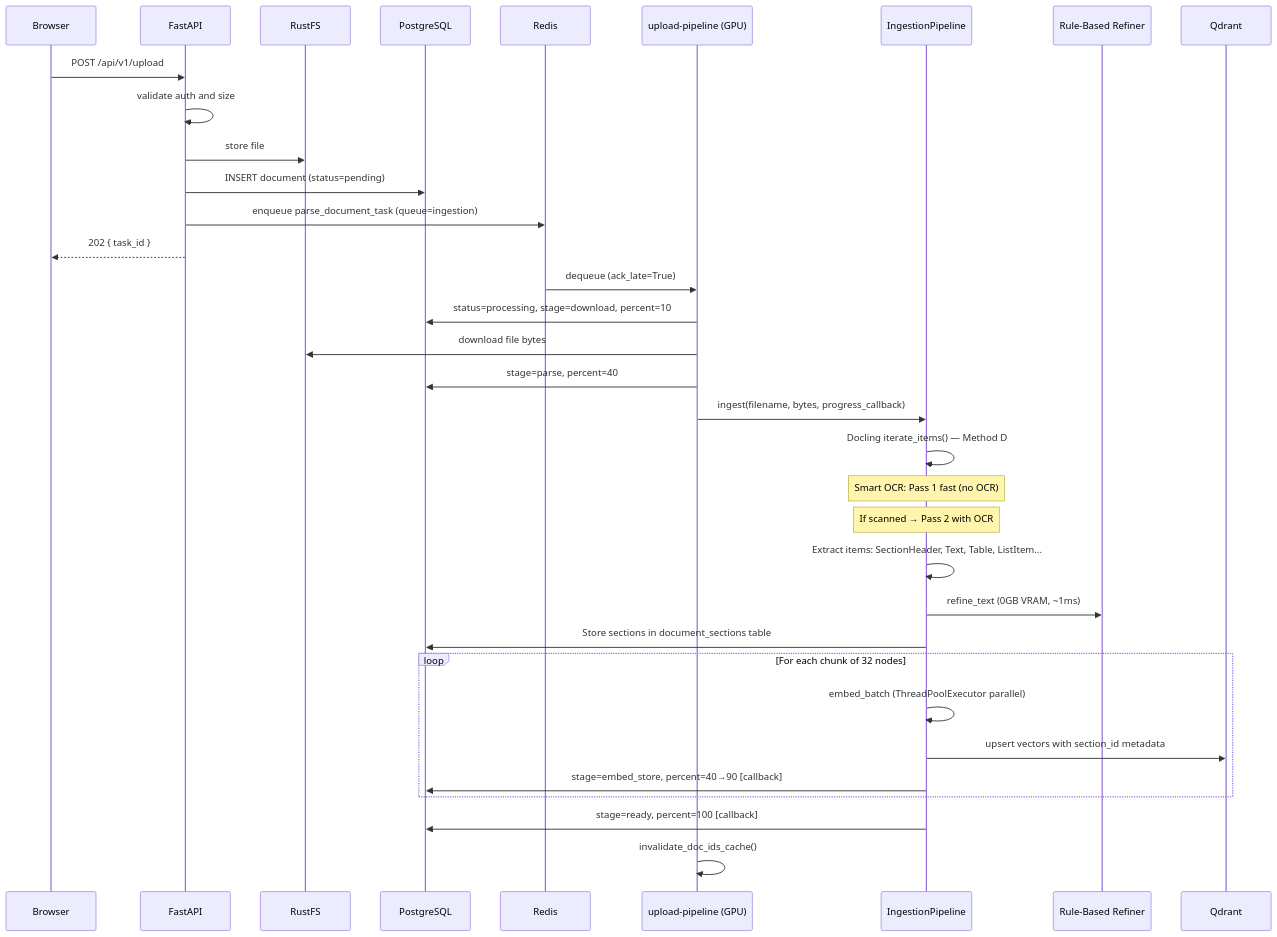
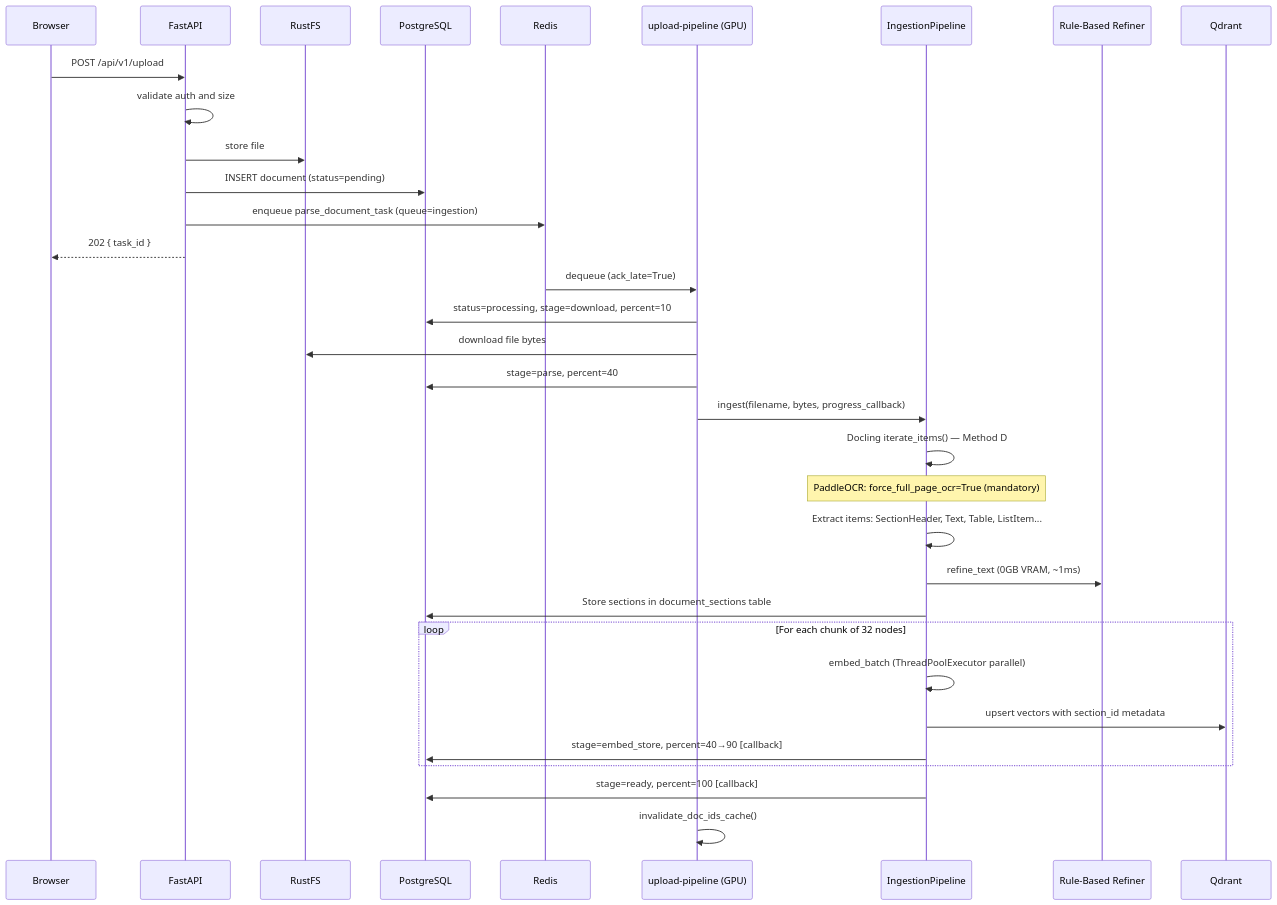
One commit to qtuanph/chatbot-rag changed the first of 4 diagrams in docs/02_WORKFLOWS.md. Above: the diagram before and after it, drawn with Mermaid. The commit also changed 21 other files, not shown here.

First line of the commit message:
Refactor chat and ingestion workflows to integrate PaddleOCR, enhance error handling, and optimize performance

````diff
--- a/docs/02_WORKFLOWS.md
+++ b/docs/02_WORKFLOWS.md
@@ -7,42 +7,41 @@
 ```mermaid
 sequenceDiagram
     participant Browser
     participant API as FastAPI
     participant RustFS
     participant DB as PostgreSQL
     participant Redis
     participant Worker as upload-pipeline (GPU)
     participant Pipeline as IngestionPipeline
     participant Refiner as Rule-Based Refiner
     participant Qdrant
 
     Browser->>API: POST /api/v1/upload
     API->>API: validate auth and size
     API->>RustFS: store file
     API->>DB: INSERT document (status=pending)
     API->>Redis: enqueue parse_document_task (queue=ingestion)
     API-->>Browser: 202 { task_id }
 
     Redis->>Worker: dequeue (ack_late=True)
     Worker->>DB: status=processing, stage=download, percent=10
     Worker->>RustFS: download file bytes
 
     Worker->>DB: stage=parse, percent=40
     Worker->>Pipeline: ingest(filename, bytes, progress_callback)
 
     Pipeline->>Pipeline: Docling iterate_items() — Method D
-    Note over Pipeline: Smart OCR: Pass 1 fast (no OCR)
-    Note over Pipeline: If scanned → Pass 2 with OCR
+    Note over Pipeline: PaddleOCR: force_full_page_ocr=True (mandatory)
     Pipeline->>Pipeline: Extract items: SectionHeader, Text, Table, ListItem...
     Pipeline->>Refiner: refine_text (0GB VRAM, ~1ms)
     Pipeline->>DB: Store sections in document_sections table
 
     loop For each chunk of 32 nodes
         Pipeline->>Pipeline: embed_batch (ThreadPoolExecutor parallel)
         Pipeline->>Qdrant: upsert vectors with section_id metadata
         Pipeline->>DB: stage=embed_store, percent=40→90 [callback]
     end
 
     Pipeline->>DB: stage=ready, percent=100 [callback]
     Worker->>Worker: invalidate_doc_ids_cache()
 ```
````
